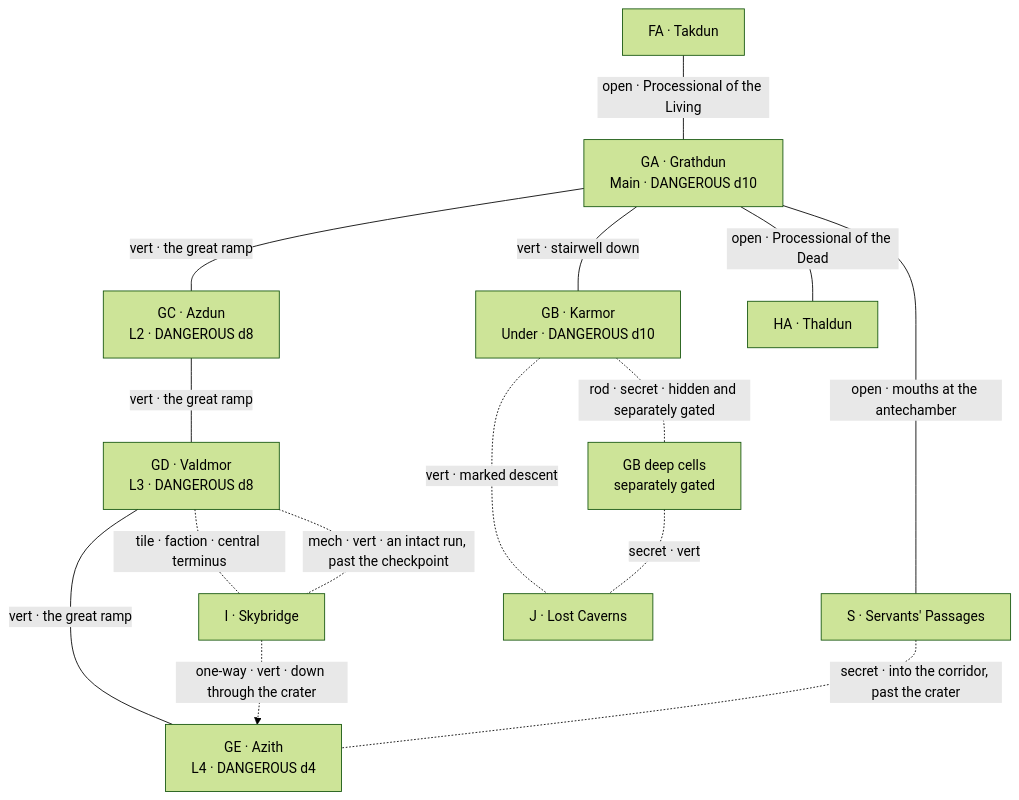
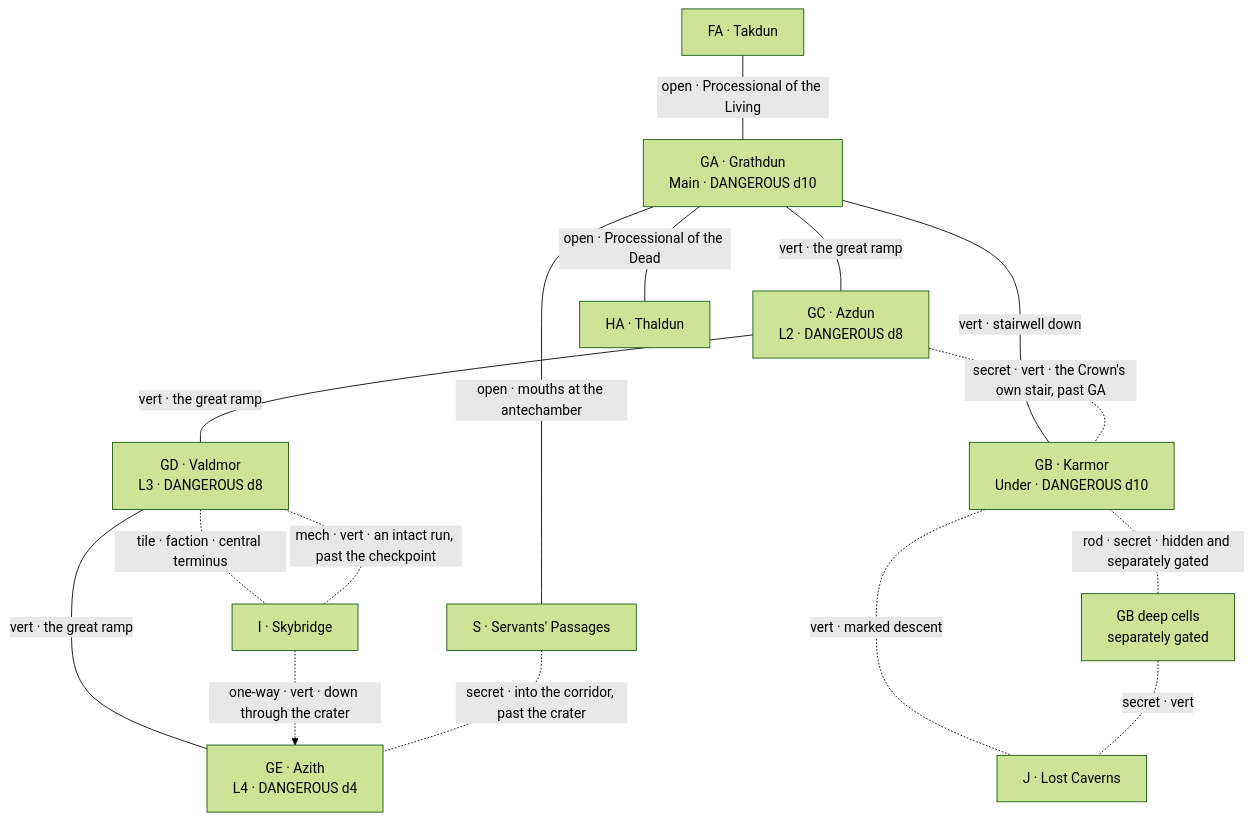
One commit to rstevenson1237/drakenhold changed the fourth of 6 diagrams in diagrams/Drakenhold_Relational_Diagram.md. Above: the diagram before and after it, drawn with Mermaid (forest theme). The commit also changed other lines of this file and 8 other files, not shown here.

````diff
--- a/diagrams/Drakenhold_Relational_Diagram.md
+++ b/diagrams/Drakenhold_Relational_Diagram.md
@@ -159,29 +159,30 @@
 ```mermaid
 graph TD
     FA["FA · Takdun"]
     GA["GA · Grathdun<br/>Main · DANGEROUS d10"]
     GB["GB · Karmor<br/>Under · DANGEROUS d10"]
     GC["GC · Azdun<br/>L2 · DANGEROUS d8"]
     GD["GD · Valdmor<br/>L3 · DANGEROUS d8"]
     GE["GE · Azith<br/>L4 · DANGEROUS d4"]
     DC["GB deep cells<br/>separately gated"]
     S["S · Servants' Passages"]
     I["I · Skybridge"]
     J["J · Lost Caverns"]
     HA["HA · Thaldun"]
 
     FA ---|"open · Processional of the Living"| GA
     GA ---|"open · Processional of the Dead"| HA
     GA ---|"open · mouths at the antechamber"| S
     GA ---|"vert · stairwell down"| GB
     GA ---|"vert · the great ramp"| GC
     GC ---|"vert · the great ramp"| GD
     GD ---|"vert · the great ramp"| GE
     GB -.-|"rod · secret · hidden and separately gated"| DC
+    GC -.-|"secret · vert · the Crown's own stair, past GA"| GB
     GD -.-|"tile · faction · central terminus"| I
     GD -.-|"mech · vert · an intact run, past the checkpoint"| I
     I -.->|"one-way · vert · down through the crater"| GE
     S -.-|"secret · into the corridor, past the crater"| GE
     GB -.-|"vert · marked descent"| J
     DC -.-|"secret · vert"| J
 ```
````
